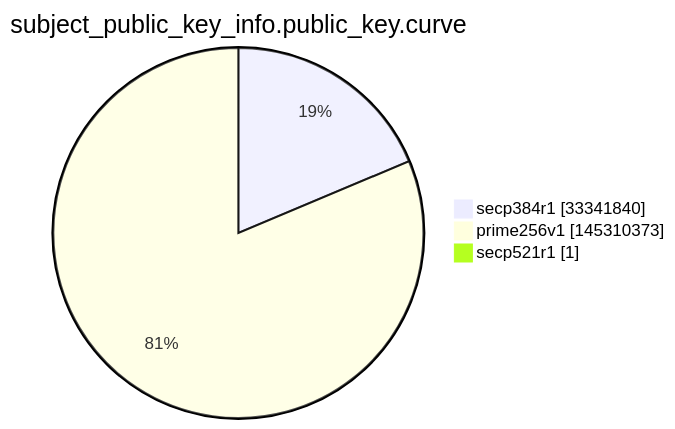
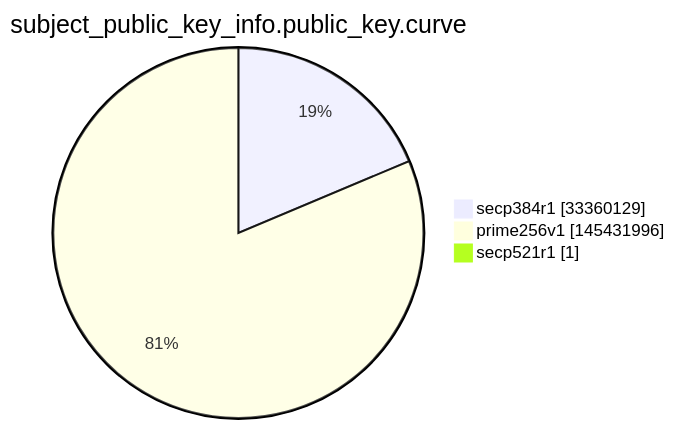
Before and after one commit to christiankrug/ctmonitor_visualization: the ninth of 15 diagrams in argon2022/README.md, drawn with Mermaid. The commit also changed other lines of this file, not shown here.

````diff
--- a/argon2022/README.md
+++ b/argon2022/README.md
@@ -2764,7 +2764,7 @@
 ```mermaid
 pie showData
 title subject_public_key_info.public_key.curve
-"secp384r1" :33341840
-"prime256v1" :145310373
+"secp384r1" :33360129
+"prime256v1" :145431996
 "secp521r1" :1
 ```
````
